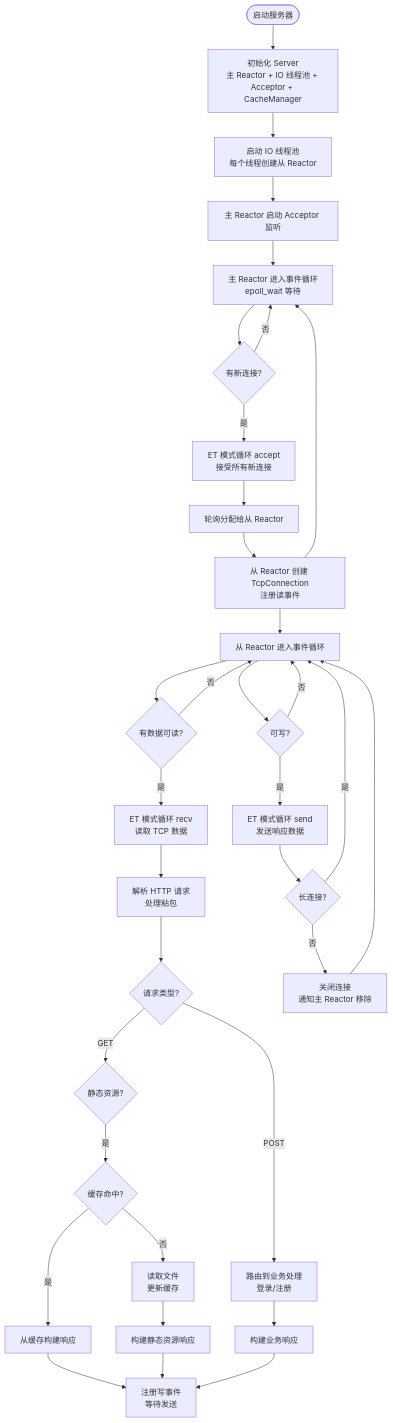
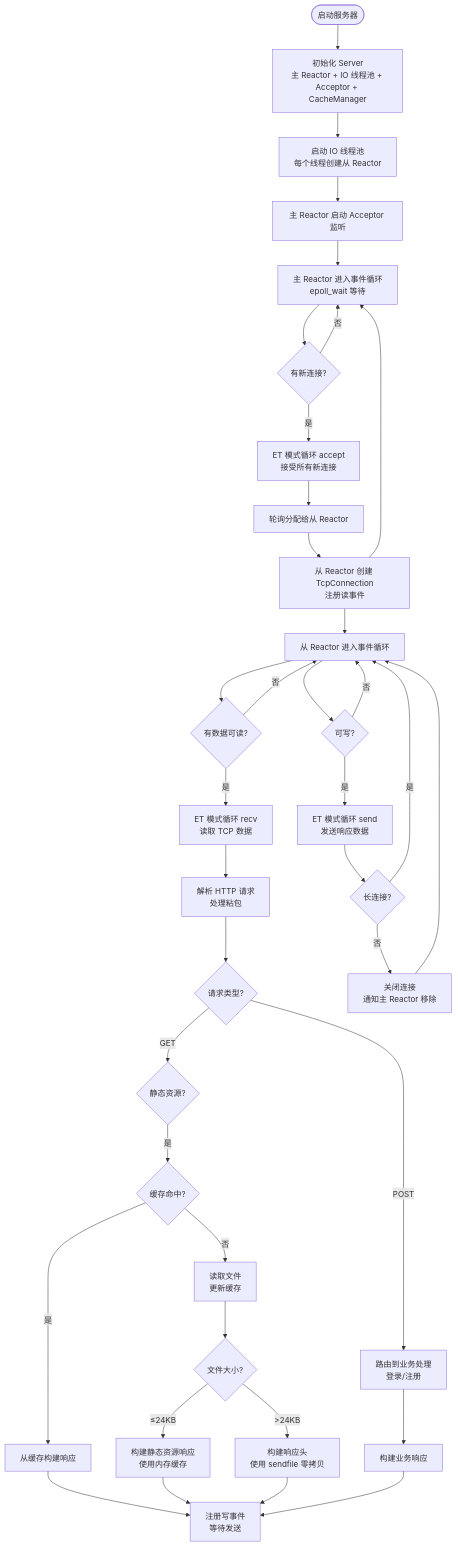
Before and after one commit to Linsdfe/WebServer-Reactor: the diagram in README.md, drawn with Mermaid. The commit also changed other lines of this file and 10 other files, not shown here.

````diff
--- a/README.md
+++ b/README.md
@@ -142,41 +206,44 @@
 ```mermaid
 flowchart TD
     Start([启动服务器]) --> Init[初始化 Server<br/>主 Reactor + IO 线程池 + Acceptor + CacheManager]
     Init --> StartLoop[启动 IO 线程池<br/>每个线程创建从 Reactor]
     StartLoop --> Listen[主 Reactor 启动 Acceptor 监听]
     Listen --> MainLoop[主 Reactor 进入事件循环<br/>epoll_wait 等待]
     
     MainLoop --> Accept{有新连接?}
     Accept -->|是| AcceptConn[ET 模式循环 accept<br/>接受所有新连接]
     AcceptConn --> Dispatch[轮询分配给从 Reactor]
     Dispatch --> CreateConn[从 Reactor 创建 TcpConnection<br/>注册读事件]
     CreateConn --> MainLoop
     
     CreateConn --> SubLoop[从 Reactor 进入事件循环]
     SubLoop --> Read{有数据可读?}
     Read -->|是| ReadData[ET 模式循环 recv<br/>读取 TCP 数据]
     ReadData --> Parse[解析 HTTP 请求<br/>处理粘包]
     Parse --> MethodCheck{请求类型?}
     MethodCheck -->|GET| CheckCache{静态资源?}
     CheckCache -->|是| CacheHit{缓存命中?}
     CacheHit -->|是| BuildFromCache[从缓存构建响应]
     CacheHit -->|否| ReadFile[读取文件<br/>更新缓存]
-    ReadFile --> BuildStatic[构建静态资源响应]
+    ReadFile --> FileSizeCheck{文件大小?}
+    FileSizeCheck -->|≤24KB| BuildStatic[构建静态资源响应<br/>使用内存缓存]
+    FileSizeCheck -->|>24KB| BuildSendfile[构建响应头<br/>使用 sendfile 零拷贝]
     BuildFromCache --> Write
     BuildStatic --> Write
+    BuildSendfile --> Write
     MethodCheck -->|POST| RouteBusiness[路由到业务处理<br/>登录/注册]
     RouteBusiness --> BuildDynamic[构建业务响应]
     BuildDynamic --> Write
     Write[注册写事件<br/>等待发送]
     
     SubLoop --> WriteReady{可写?}
     WriteReady -->|是| SendData[ET 模式循环 send<br/>发送响应数据]
     SendData --> CheckKeepAlive{长连接?}
     CheckKeepAlive -->|否| CloseConn[关闭连接<br/>通知主 Reactor 移除]
     CheckKeepAlive -->|是| SubLoop
     CloseConn --> SubLoop
     
     Accept -->|否| MainLoop
     Read -->|否| SubLoop
     WriteReady -->|否| SubLoop
 ```
````
